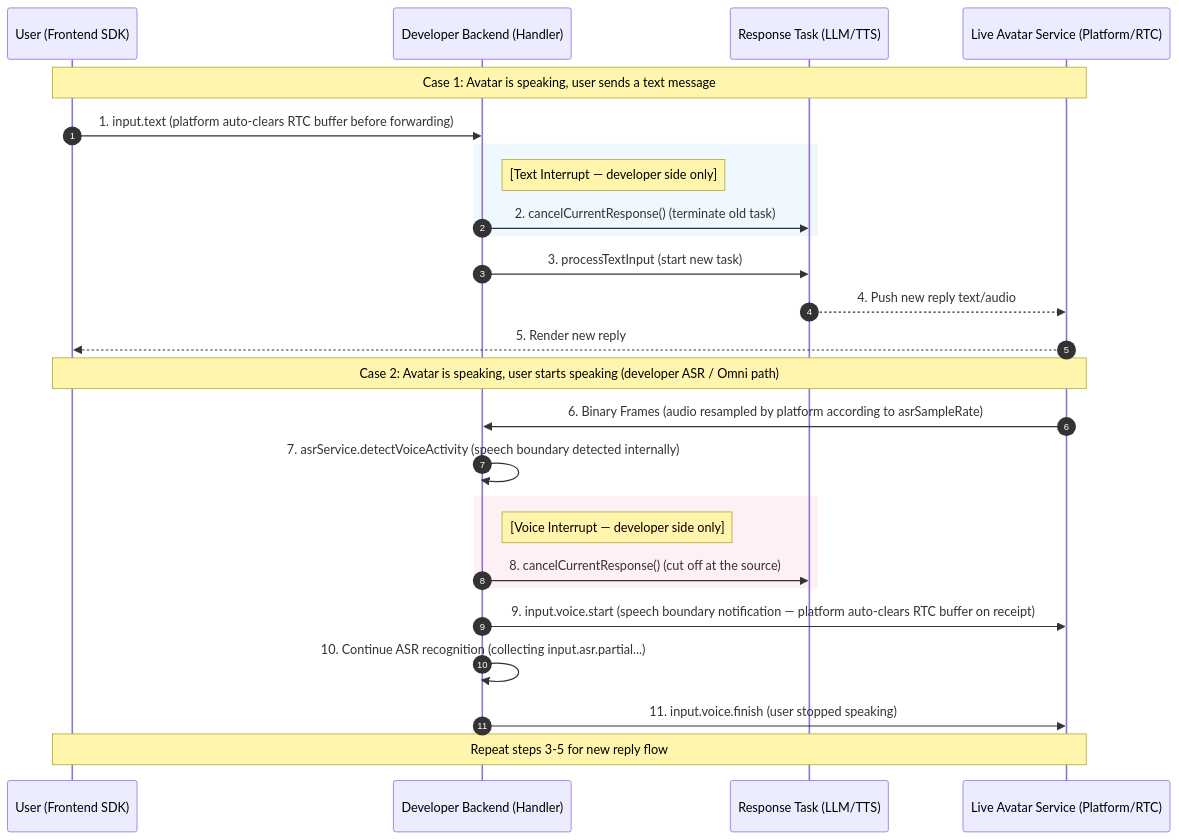
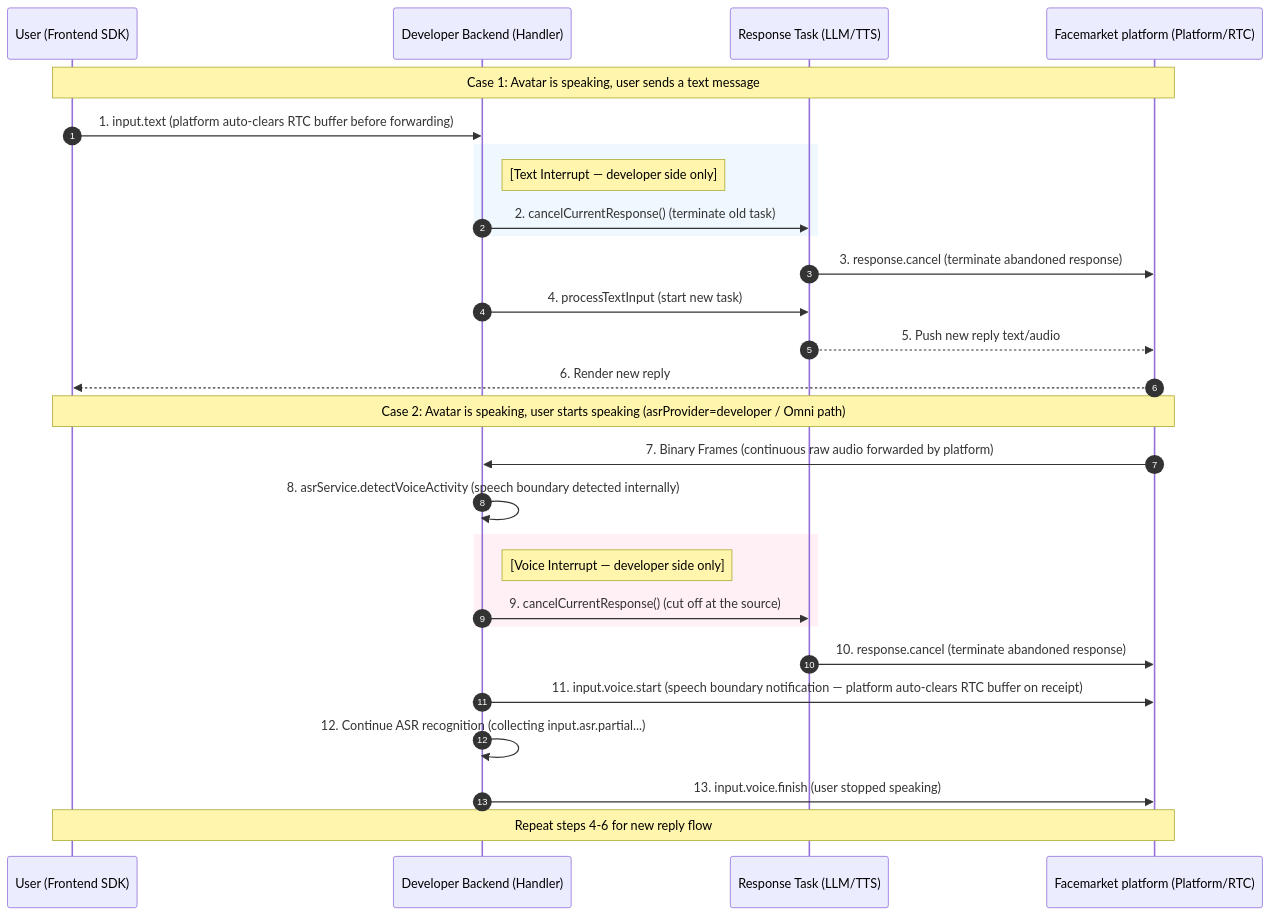
Before and after one commit to newportAI-lab/liveavatar-integration-guide: the second of 2 diagrams in PROTOCOL.md, drawn with Mermaid. The commit also changed other lines of this file and 7 other files, not shown here.

````diff
--- a/PROTOCOL.md
+++ b/PROTOCOL.md
@@ -343,35 +456,37 @@
 ```mermaid
 sequenceDiagram
     autonumber
     participant User as User (Frontend SDK)
     participant AppServer as Developer Backend (Handler)
     participant Task as Response Task (LLM/TTS)
-    participant Avatar as Live Avatar Service (Platform/RTC)
+    participant Avatar as Facemarket platform (Platform/RTC)
 
     Note over User, Avatar: Case 1: Avatar is speaking, user sends a text message
     User->>AppServer: 1. input.text (platform auto-clears RTC buffer before forwarding)
 
     rect rgb(240, 248, 255)
         Note right of AppServer: [Text Interrupt — developer side only]
         AppServer->>Task: 2. cancelCurrentResponse() (terminate old task)
     end
+    Task->>Avatar: 3. response.cancel (terminate abandoned response)
 
-    AppServer->>Task: 3. processTextInput (start new task)
-    Task-->>Avatar: 4. Push new reply text/audio
-    Avatar-->>User: 5. Render new reply
+    AppServer->>Task: 4. processTextInput (start new task)
+    Task-->>Avatar: 5. Push new reply text/audio
+    Avatar-->>User: 6. Render new reply
 
-    Note over User, Avatar: Case 2: Avatar is speaking, user starts speaking (developer ASR / Omni path)
-    Avatar->>AppServer: 6. Binary Frames (audio resampled by platform according to asrSampleRate)
+    Note over User, Avatar: Case 2: Avatar is speaking, user starts speaking (asrProvider=developer / Omni path)
+    Avatar->>AppServer: 7. Binary Frames (continuous raw audio forwarded by platform)
 
-    AppServer->>AppServer: 7. asrService.detectVoiceActivity (speech boundary detected internally)
+    AppServer->>AppServer: 8. asrService.detectVoiceActivity (speech boundary detected internally)
 
     rect rgb(255, 240, 245)
         Note right of AppServer: [Voice Interrupt — developer side only]
-        AppServer->>Task: 8. cancelCurrentResponse() (cut off at the source)
+        AppServer->>Task: 9. cancelCurrentResponse() (cut off at the source)
     end
+    Task->>Avatar: 10. response.cancel (terminate abandoned response)
 
-    AppServer->>Avatar: 9. input.voice.start (speech boundary notification — platform auto-clears RTC buffer on receipt)
-    AppServer->>AppServer: 10. Continue ASR recognition (collecting input.asr.partial...)
-    AppServer->>Avatar: 11. input.voice.finish (user stopped speaking)
-    Note over User, Avatar: Repeat steps 3-5 for new reply flow
+    AppServer->>Avatar: 11. input.voice.start (speech boundary notification — platform auto-clears RTC buffer on receipt)
+    AppServer->>AppServer: 12. Continue ASR recognition (collecting input.asr.partial...)
+    AppServer->>Avatar: 13. input.voice.finish (user stopped speaking)
+    Note over User, Avatar: Repeat steps 4-6 for new reply flow
 ```
````
